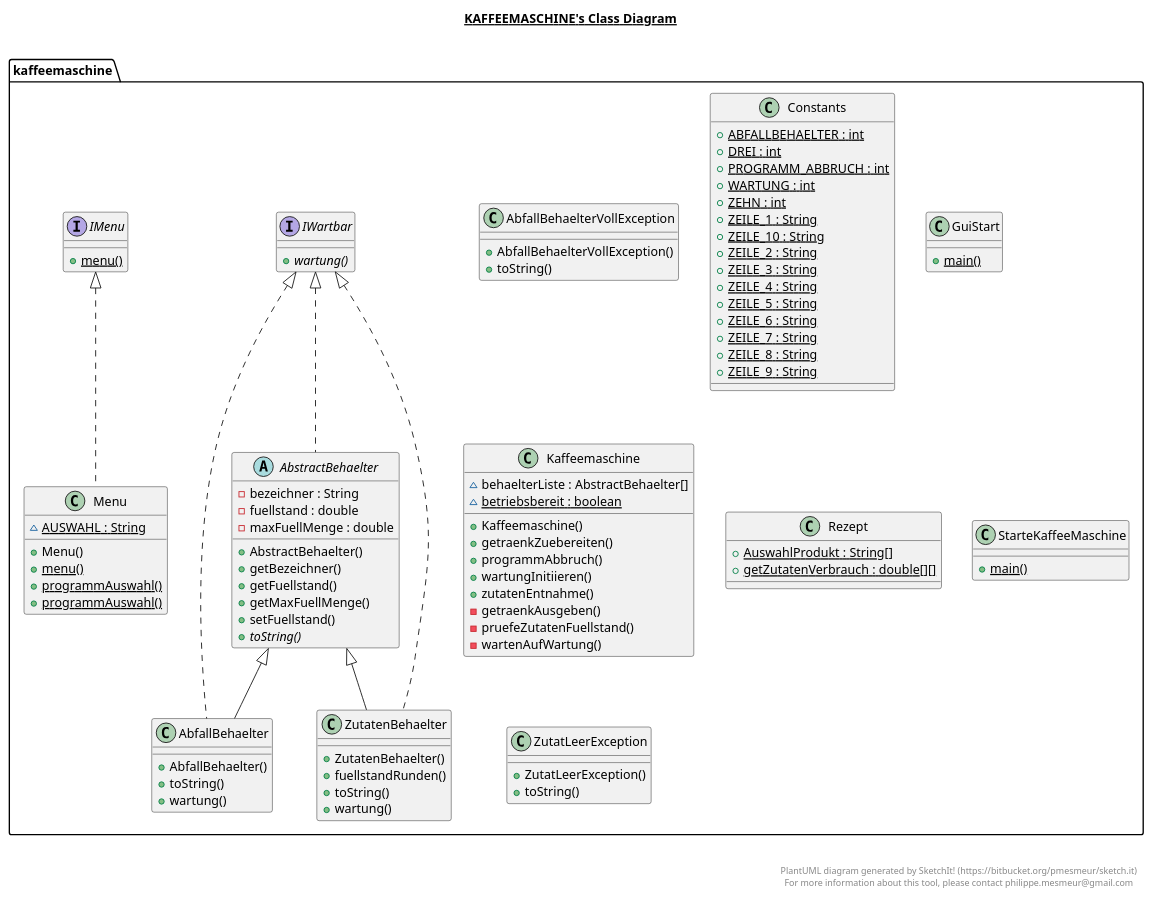
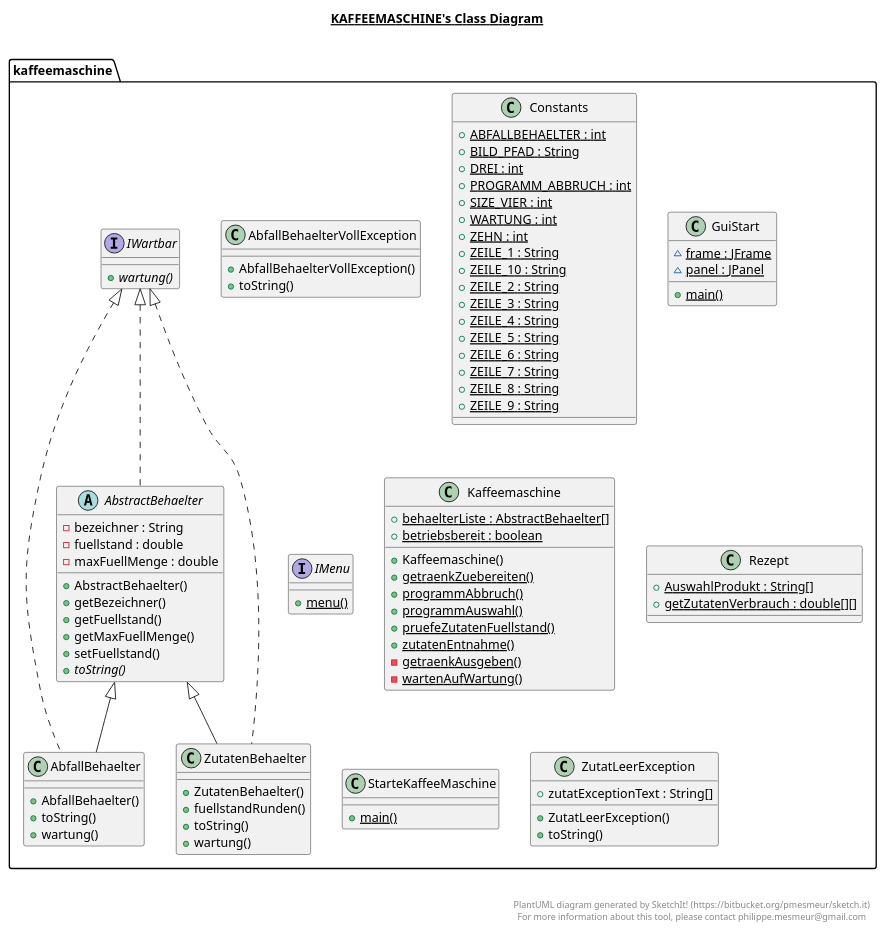
One commit to luzumi/KaffeeMaschine changed the diagram in src/kaffeemaschine/kaffeemaschine.plantuml. Above: the diagram before and after it, drawn with PlantUML. The commit also changed 23 other files, not shown here.

First line of the commit message:
Kaffeemaschine Issue GUI ZutatenBehaelterLeerException

```diff
--- a/src/kaffeemaschine/kaffeemaschine.plantuml
+++ b/src/kaffeemaschine/kaffeemaschine.plantuml
@@ -1,154 +1,147 @@
 @startuml
 
 title __KAFFEEMASCHINE's Class Diagram__\n
 
   namespace kaffeemaschine {
     class kaffeemaschine.AbfallBehaelter {
         + AbfallBehaelter()
         + toString()
         + wartung()
     }
   }
   
 
   namespace kaffeemaschine {
     class kaffeemaschine.AbfallBehaelterVollException {
         + AbfallBehaelterVollException()
         + toString()
     }
   }
   
 
   namespace kaffeemaschine {
     abstract class kaffeemaschine.AbstractBehaelter {
         - bezeichner : String
         - fuellstand : double
         - maxFuellMenge : double
         + AbstractBehaelter()
         + getBezeichner()
         + getFuellstand()
         + getMaxFuellMenge()
         + setFuellstand()
         {abstract} + toString()
     }
   }
   
 
   namespace kaffeemaschine {
     class kaffeemaschine.Constants {
         {static} + ABFALLBEHAELTER : int
+        {static} + BILD_PFAD : String
         {static} + DREI : int
         {static} + PROGRAMM_ABBRUCH : int
+        {static} + SIZE_VIER : int
         {static} + WARTUNG : int
         {static} + ZEHN : int
         {static} + ZEILE_1 : String
         {static} + ZEILE_10 : String
         {static} + ZEILE_2 : String
         {static} + ZEILE_3 : String
         {static} + ZEILE_4 : String
         {static} + ZEILE_5 : String
         {static} + ZEILE_6 : String
         {static} + ZEILE_7 : String
         {static} + ZEILE_8 : String
         {static} + ZEILE_9 : String
     }
   }
   
 
   namespace kaffeemaschine {
     class kaffeemaschine.GuiStart {
+        {static} ~ frame : JFrame
+        {static} ~ panel : JPanel
         {static} + main()
     }
   }
   
 
   namespace kaffeemaschine {
     interface kaffeemaschine.IMenu {
         {static} + menu()
     }
   }
   
 
   namespace kaffeemaschine {
     interface kaffeemaschine.IWartbar {
         {abstract} + wartung()
     }
   }
   
 
   namespace kaffeemaschine {
     class kaffeemaschine.Kaffeemaschine {
-        ~ behaelterListe : AbstractBehaelter[]
-        {static} ~ betriebsbereit : boolean
+        {static} + behaelterListe : AbstractBehaelter[]
+        {static} + betriebsbereit : boolean
         + Kaffeemaschine()
-        + getraenkZuebereiten()
-        + programmAbbruch()
-        + wartungInitiieren()
-        + zutatenEntnahme()
-        - getraenkAusgeben()
-        - pruefeZutatenFuellstand()
-        - wartenAufWartung()
-    }
-  }
-  
-
-  namespace kaffeemaschine {
-    class kaffeemaschine.Menu {
-        {static} ~ AUSWAHL : String
-        + Menu()
-        {static} + menu()
+        {static} + getraenkZuebereiten()
+        {static} + programmAbbruch()
         {static} + programmAuswahl()
-        {static} + programmAuswahl()
+        {static} + pruefeZutatenFuellstand()
+        {static} + zutatenEntnahme()
+        {static} - getraenkAusgeben()
+        {static} - wartenAufWartung()
     }
   }
   
 
   namespace kaffeemaschine {
     class kaffeemaschine.Rezept {
         {static} + AuswahlProdukt : String[]
         {static} + getZutatenVerbrauch : double[][]
     }
   }
   
 
   namespace kaffeemaschine {
     class kaffeemaschine.StarteKaffeeMaschine {
         {static} + main()
     }
   }
   
 
   namespace kaffeemaschine {
     class kaffeemaschine.ZutatLeerException {
+        + zutatExceptionText : String[]
         + ZutatLeerException()
         + toString()
     }
   }
   
 
   namespace kaffeemaschine {
     class kaffeemaschine.ZutatenBehaelter {
         + ZutatenBehaelter()
         + fuellstandRunden()
         + toString()
         + wartung()
     }
   }
   
 
   kaffeemaschine.AbfallBehaelter .up.|> kaffeemaschine.IWartbar
   kaffeemaschine.AbfallBehaelter -up-|> kaffeemaschine.AbstractBehaelter
   kaffeemaschine.AbstractBehaelter .up.|> kaffeemaschine.IWartbar
-  kaffeemaschine.Menu .up.|> kaffeemaschine.IMenu
   kaffeemaschine.ZutatenBehaelter .up.|> kaffeemaschine.IWartbar
   kaffeemaschine.ZutatenBehaelter -up-|> kaffeemaschine.AbstractBehaelter
 
 
 right footer
 
 
 PlantUML diagram generated by SketchIt! (https://bitbucket.org/pmesmeur/sketch.it)
 For more information about this tool, please contact philippe.mesmeur@gmail.com
 endfooter
 
 @enduml
```
